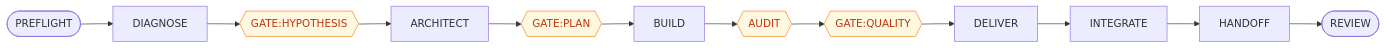
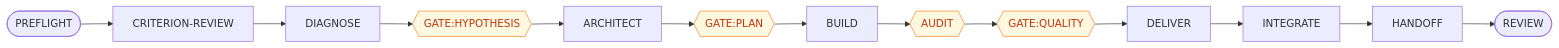
The diagram in README.md (Munsik-Park/autoflow), drawn with Mermaid before and after one commit. The commit also changed other lines of this file and 3 other files, not shown here.

First line of the commit message:
docs(#484): README states AutoFlow as a plugin-delivered framework; the lifecycle figure draws the seven units

````diff
--- a/README.md
+++ b/README.md
@@ -54,17 +51,18 @@
 ```mermaid
 flowchart LR
-    PRE([PREFLIGHT]) --> DIA[DIAGNOSE]
+    PRE([PREFLIGHT]) --> CRV[CRITERION-REVIEW]
+    CRV --> DIA[DIAGNOSE]
     DIA --> HYP{{GATE:HYPOTHESIS}}
     HYP --> ARC[ARCHITECT]
     ARC --> PLAN{{GATE:PLAN}}
     PLAN --> BLD[BUILD]
     BLD --> AUD{{AUDIT}}
     AUD --> QUAL{{GATE:QUALITY}}
     QUAL --> DEL[DELIVER]
     DEL --> INT[INTEGRATE]
     INT --> HAND[HANDOFF]
     HAND --> REV([REVIEW])
 
     classDef gate fill:#fff8e1,stroke:#f57f17,color:#bf360c
     class HYP,PLAN,AUD,QUAL gate
 ```
````
